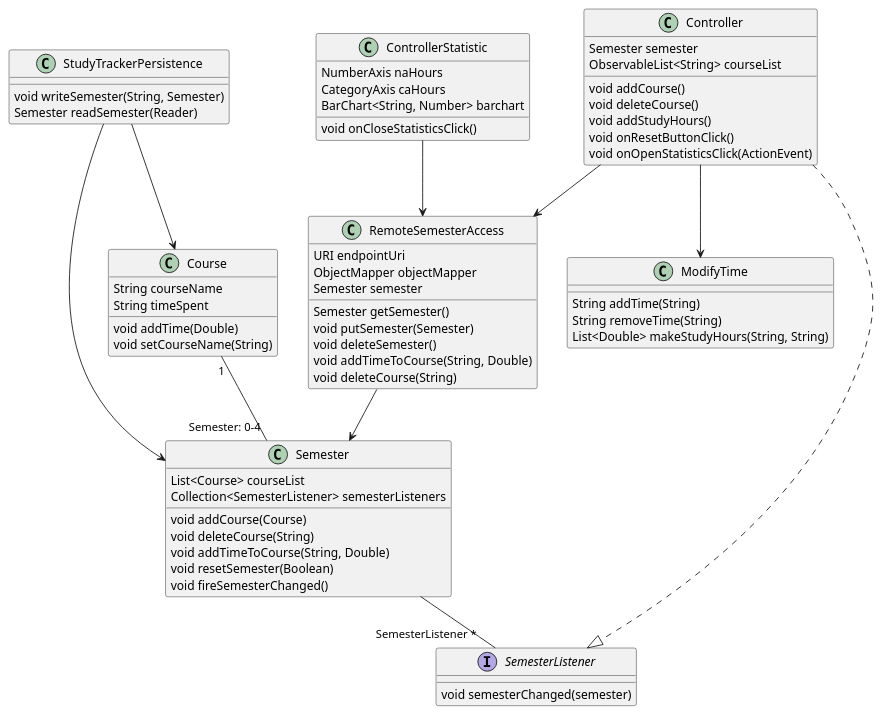
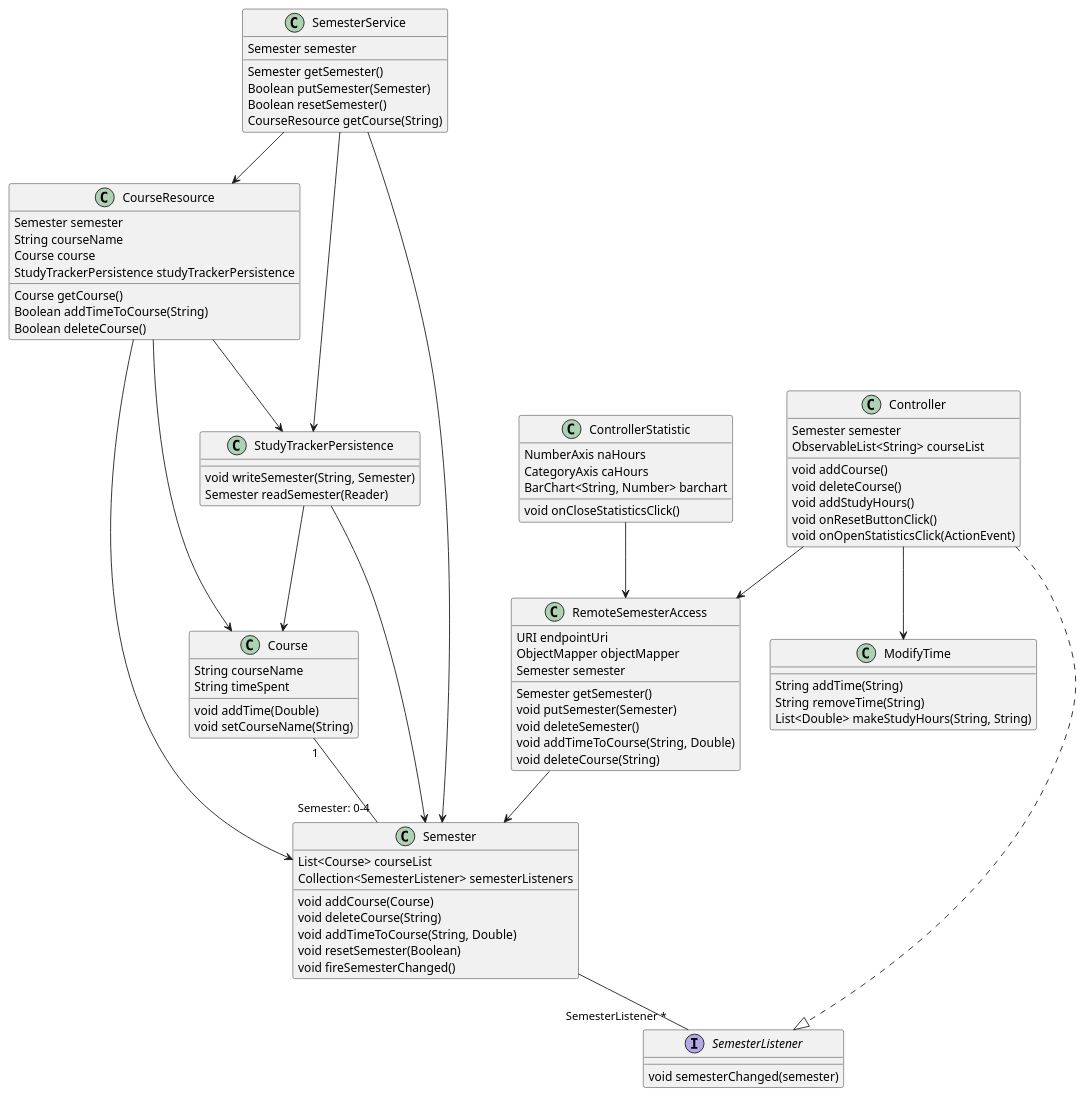
One commit to bmksimons/studytracker changed the first of 2 diagrams in IT1901/README.md. Above: the diagram before and after it, drawn with PlantUML. The commit also changed other lines of this file, not shown here.

```diff
--- a/IT1901/README.md
+++ b/IT1901/README.md
@@ -76,6 +76,8 @@
 class RemoteSemesterAccess
 class ModifyTime
 class StudyTrackerPersistence
+class SemesterService
+class CourseResource
 
 Course "1" -- "Semester: 0-4" Semester
 Controller ..|> SemesterListener
@@ -85,12 +87,13 @@
 Controller --> ModifyTime
 StudyTrackerPersistence --> Semester
 StudyTrackerPersistence --> Course
+CourseResource --> StudyTrackerPersistence
 RemoteSemesterAccess --> Semester
-
-Course : String courseName
-Course : String timeSpent
-Course : void addTime(Double)
-Course : void setCourseName(String)
+CourseResource --> Semester
+SemesterService --> Semester
+CourseResource --> Course
+SemesterService --> CourseResource
+SemesterService --> StudyTrackerPersistence
 
 Semester : List<Course> courseList
 Semester : Collection<SemesterListener> semesterListeners
@@ -99,6 +102,25 @@
 Semester : void addTimeToCourse(String, Double)
 Semester : void resetSemester(Boolean)
 Semester : void fireSemesterChanged()
+
+Course : String courseName
+Course : String timeSpent
+Course : void addTime(Double)
+Course : void setCourseName(String)
+
+CourseResource : Semester semester
+CourseResource : String courseName
+CourseResource : Course course
+CourseResource : StudyTrackerPersistence studyTrackerPersistence
+CourseResource : Course getCourse()
+CourseResource : Boolean addTimeToCourse(String)
+CourseResource : Boolean deleteCourse()
+
+SemesterService : Semester semester
+SemesterService : Semester getSemester()
+SemesterService : Boolean putSemester(Semester) 
+SemesterService : Boolean resetSemester()
+SemesterService : CourseResource getCourse(String)
 
 SemesterListener : void semesterChanged(semester)
 
```
